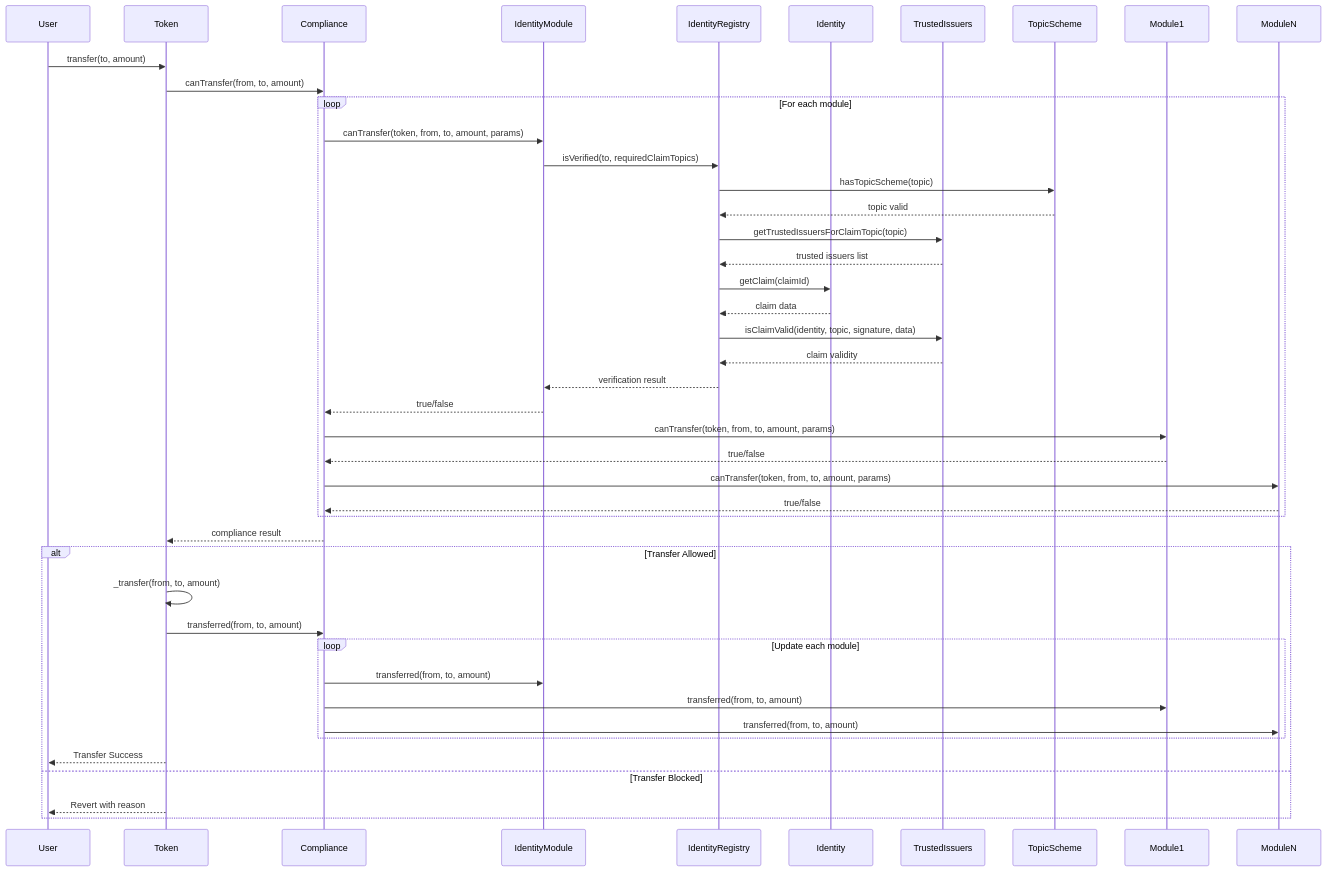
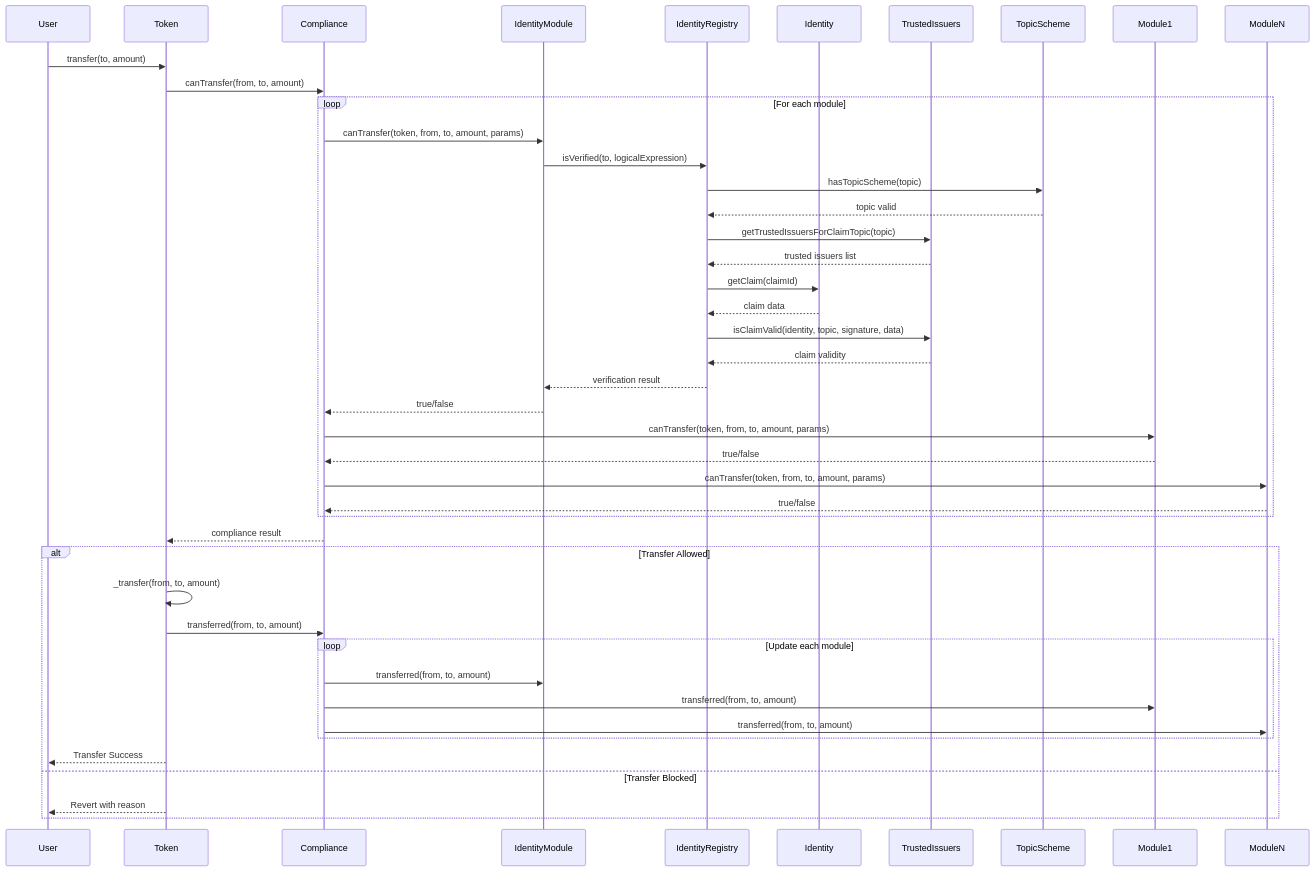
Before and after one commit to settlemint/asset-tokenization-kit: the eighth of 8 diagrams in kit/contracts/contracts/smart/README.md, drawn with Mermaid. The commit also changed other lines of this file, not shown here.

````diff
--- a/kit/contracts/contracts/smart/README.md
+++ b/kit/contracts/contracts/smart/README.md
@@ -511,58 +566,58 @@
 ```mermaid
 sequenceDiagram
     participant User
     participant Token
     participant Compliance
     participant IdentityModule
     participant IdentityRegistry
     participant Identity
     participant TrustedIssuers
     participant TopicScheme
     participant Module1
     participant ModuleN
 
     User->>Token: transfer(to, amount)
 
     %% Compliance Check (including identity verification)
     Token->>Compliance: canTransfer(from, to, amount)
 
     loop For each module
         Compliance->>IdentityModule: canTransfer(token, from, to, amount, params)
 
         %% Identity verification within module (only checks recipient)
-        IdentityModule->>IdentityRegistry: isVerified(to, requiredClaimTopics)
+        IdentityModule->>IdentityRegistry: isVerified(to, logicalExpression)
         IdentityRegistry->>TopicScheme: hasTopicScheme(topic)
         TopicScheme-->>IdentityRegistry: topic valid
         IdentityRegistry->>TrustedIssuers: getTrustedIssuersForClaimTopic(topic)
         TrustedIssuers-->>IdentityRegistry: trusted issuers list
         IdentityRegistry->>Identity: getClaim(claimId)
         Identity-->>IdentityRegistry: claim data
         IdentityRegistry->>TrustedIssuers: isClaimValid(identity, topic, signature, data)
         TrustedIssuers-->>IdentityRegistry: claim validity
         IdentityRegistry-->>IdentityModule: verification result
 
         IdentityModule-->>Compliance: true/false
 
         Compliance->>Module1: canTransfer(token, from, to, amount, params)
         Module1-->>Compliance: true/false
         Compliance->>ModuleN: canTransfer(token, from, to, amount, params)
         ModuleN-->>Compliance: true/false
     end
 
     Compliance-->>Token: compliance result
 
     alt Transfer Allowed
         Token->>Token: _transfer(from, to, amount)
         Token->>Compliance: transferred(from, to, amount)
 
         loop Update each module
             Compliance->>IdentityModule: transferred(from, to, amount)
             Compliance->>Module1: transferred(from, to, amount)
             Compliance->>ModuleN: transferred(from, to, amount)
         end
 
         Token-->>User: Transfer Success
     else Transfer Blocked
         Token-->>User: Revert with reason
     end
 ```
````
